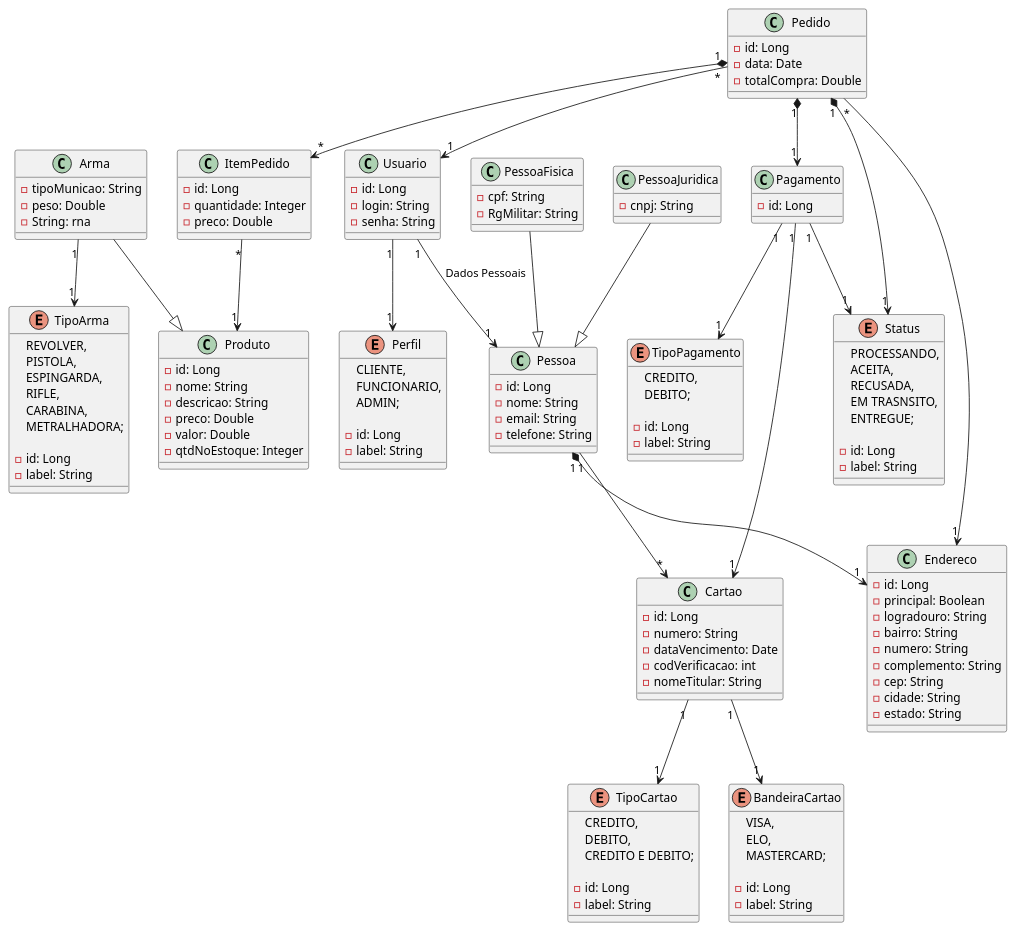
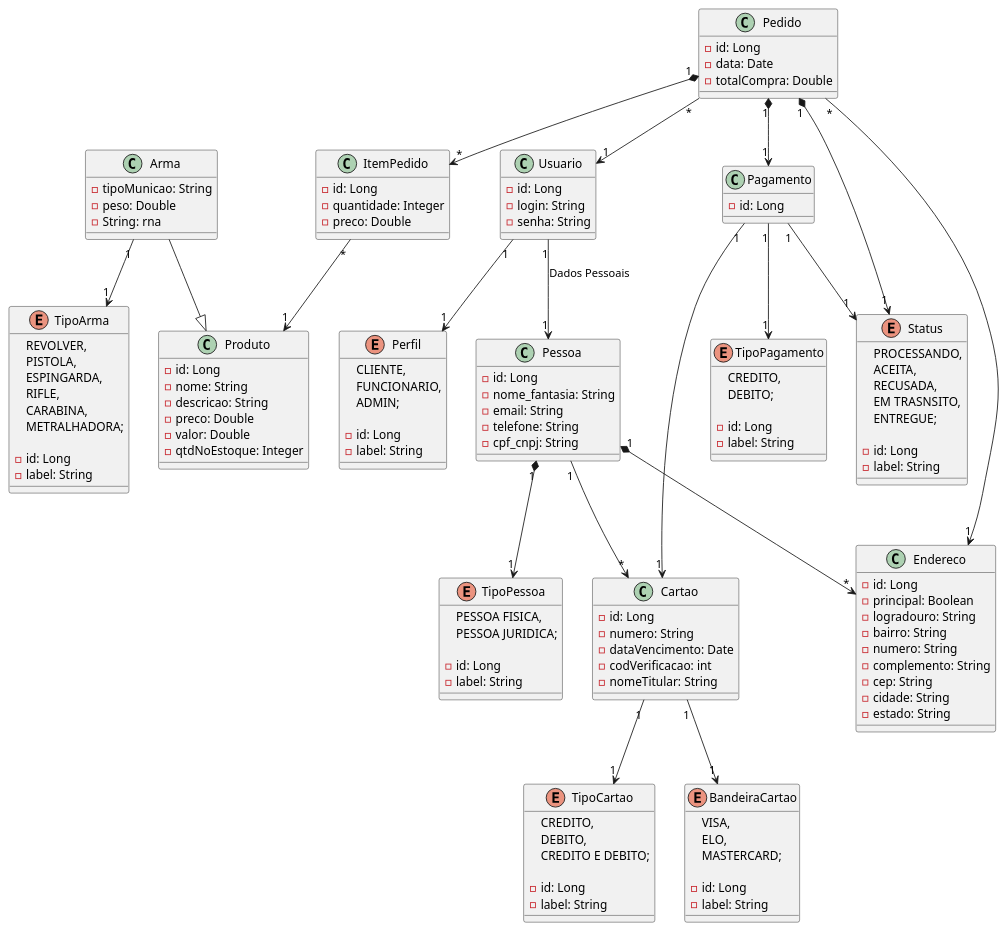
Before and after one commit to daniel-ferreira-da-costa/militropa: the diagram in src/main/java/unitins/tp1/docs/uml_militropa.plantuml, drawn with PlantUML. The commit also changed 6 other files, not shown here.

```diff
--- a/src/main/java/unitins/tp1/docs/uml_militropa.plantuml
+++ b/src/main/java/unitins/tp1/docs/uml_militropa.plantuml
@@ -1,163 +1,160 @@
 @startuml Tabacaria
 '========Produto========='
 class Produto{
     - id: Long
     - nome: String
     - descricao: String
     - preco: Double
     - valor: Double
     - qtdNoEstoque: Integer
 }
 
 class Arma{
     - tipoMunicao: String
     - peso: Double
     - String: rna
 }
 
 enum TipoArma{
     REVOLVER,
     PISTOLA,
     ESPINGARDA,
     RIFLE,
     CARABINA,
     METRALHADORA;
 
     - id: Long
     - label: String
 }
 
 '========Usuario========='
 class Usuario{
     - id: Long
     - login: String
     - senha: String
 }
 
 enum Perfil{
     CLIENTE,
     FUNCIONARIO, 
     ADMIN;
 
     - id: Long
     - label: String
 }
 
 class Pessoa{
     - id: Long
-    - nome: String
+    - nome_fantasia: String
     - email: String
     - telefone: String
+    - cpf_cnpj: String
 }
 
-'Registro Nacional de Armas (RNA)'
-class PessoaFisica{
-    - cpf: String
-    - RgMilitar: String 
-}
+enum TipoPessoa{
+    PESSOA FISICA,
+    PESSOA JURIDICA;
 
-class PessoaJuridica{
-    - cnpj: String
+    - id: Long
+    - label: String
 }
 '========Venda========='
 class Pedido {
     - id: Long
     - data: Date
     - totalCompra: Double
 }
 
 class ItemPedido {
     - id: Long
     - quantidade: Integer
     - preco: Double
 }
 
 enum Status{
     PROCESSANDO, 
     ACEITA,
     RECUSADA,
     EM TRASNSITO,
     ENTREGUE;
 
     - id: Long
     - label: String
 }
 '========Pagamento========='
 class Pagamento{
     - id: Long
 }
 
 class Cartao{
     - id: Long
     - numero: String
     - dataVencimento: Date
     - codVerificacao: int
     - nomeTitular: String
 }
 
 enum TipoCartao{
     CREDITO, 
     DEBITO, 
     CREDITO E DEBITO;
 
     - id: Long
     - label: String 
 }
 
 enum TipoPagamento {
     CREDITO, 
     DEBITO;
 
     - id: Long
     - label: String 
 }
 
 enum BandeiraCartao {
     VISA,
     ELO,
     MASTERCARD;
 
     - id: Long
     - label: String 
 }
 '========Endereco========='
 class Endereco {
     - id: Long
     - principal: Boolean
     - logradouro: String
     - bairro: String
     - numero: String
     - complemento: String
     - cep: String
     - cidade: String
     - estado: String
 }
 
 '========Relacionamentos========='
 
 Pedido "1" *--> "1" Pagamento
 Pedido "1" *--> "*" ItemPedido
 Pedido "1" *--> "1" Status
 Pedido "*" --> "1" Usuario
 Pedido "*" --> "1" Endereco
 
 Pagamento "1" --> "1" Status
 Pagamento "1" --> "1" Cartao
 Pagamento "1" --> "1" TipoPagamento
 
 Cartao "1" --> "1" TipoCartao
 Cartao "1" --> "1" BandeiraCartao
 
 ItemPedido "*" --> "1" Produto
 
 Usuario "1" --> "1" Perfil
 Usuario "1" --> "1" Pessoa : "Dados Pessoais"
-Pessoa "1" *--> "1" Endereco
+Pessoa "1" *--> "*" Endereco
 Pessoa "1" --> "*" Cartao
-
-PessoaFisica --|> Pessoa
-PessoaJuridica --|> Pessoa
+Pessoa "1" *--> "1" TipoPessoa
 
 Arma --|> Produto
 Arma "1" --> "1" TipoArma
 @enduml
```
